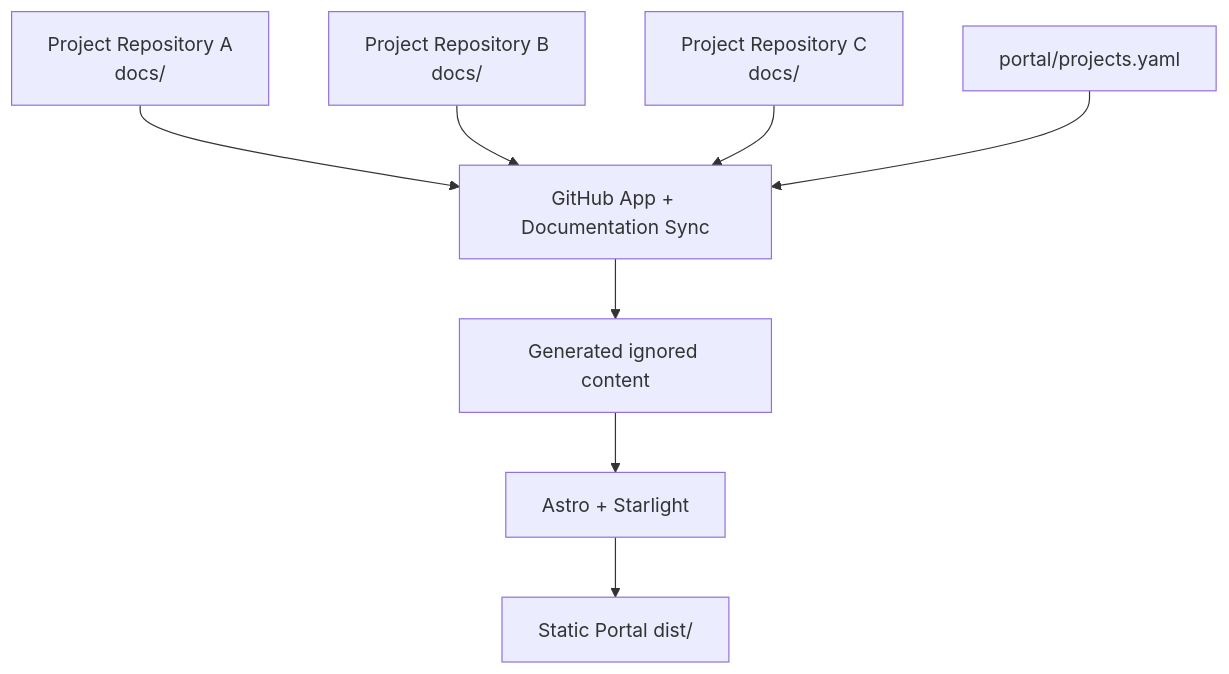
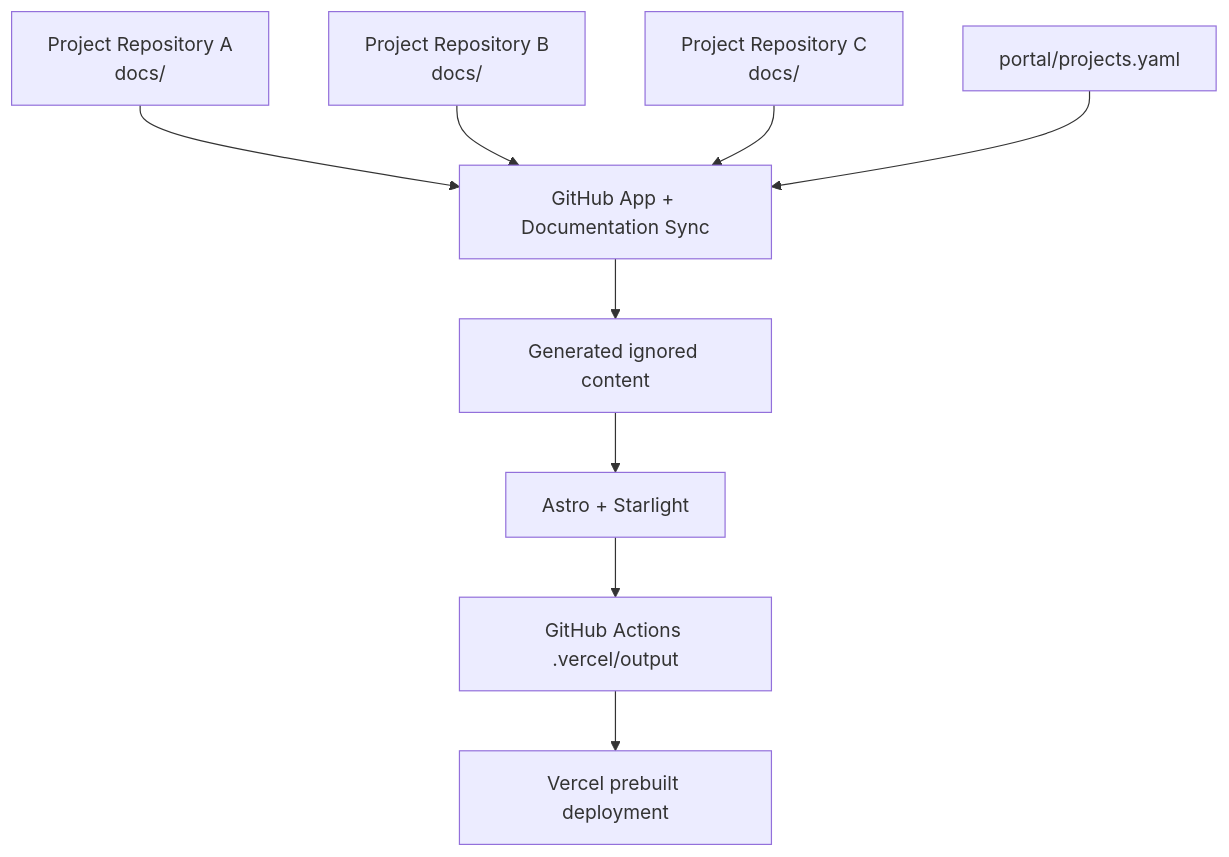
The diagram in README.md (TM-DigitalLabs/developer-portal), drawn with Mermaid before and after one commit. The commit also changed other lines of this file and 5 other files, not shown here.

Commit message:
Configure Vercel prebuilt portal hosting

````diff
--- a/README.md
+++ b/README.md
@@ -15,12 +15,13 @@
 ```mermaid
 flowchart TD
     A[Project Repository A<br/>docs/] --> P
     B[Project Repository B<br/>docs/] --> P
     C[Project Repository C<br/>docs/] --> P
 
     R[portal/projects.yaml] --> P
 
     P[GitHub App + Documentation Sync] --> G[Generated ignored content]
     G --> S[Astro + Starlight]
-    S --> D[Static Portal dist/]
+    S --> D[GitHub Actions .vercel/output]
+    D --> V[Vercel prebuilt deployment]
 ```
````
